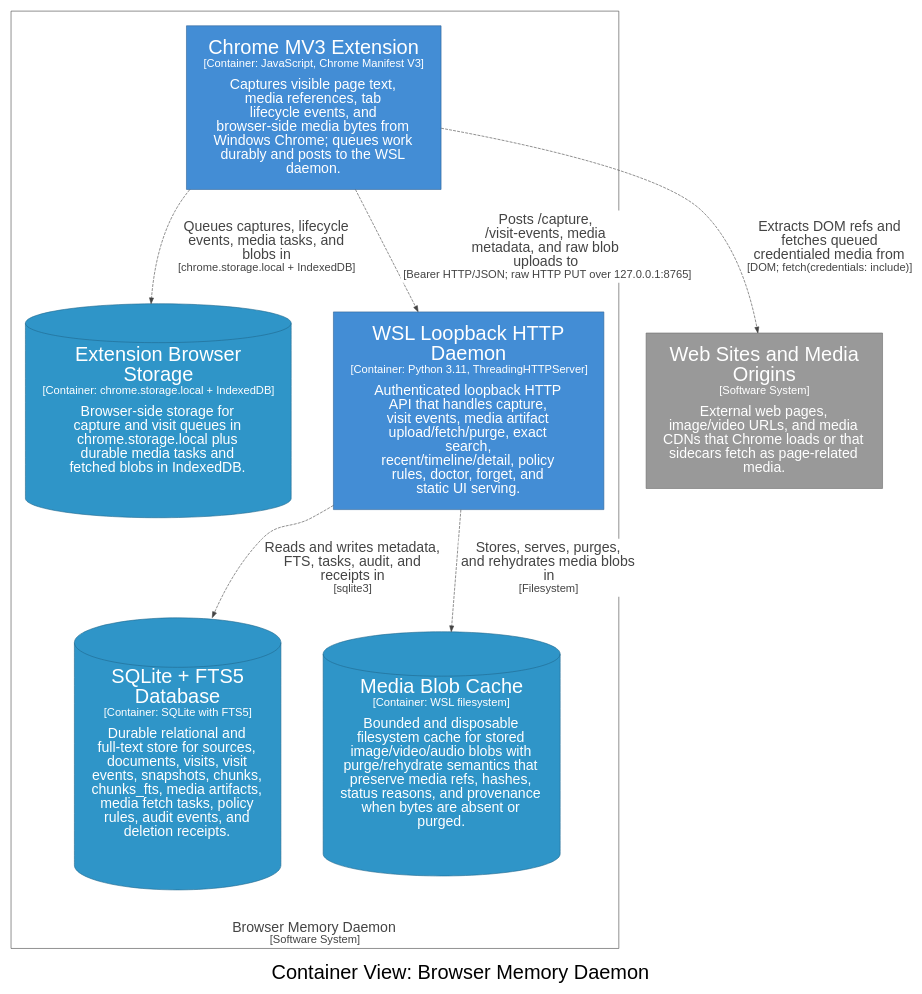
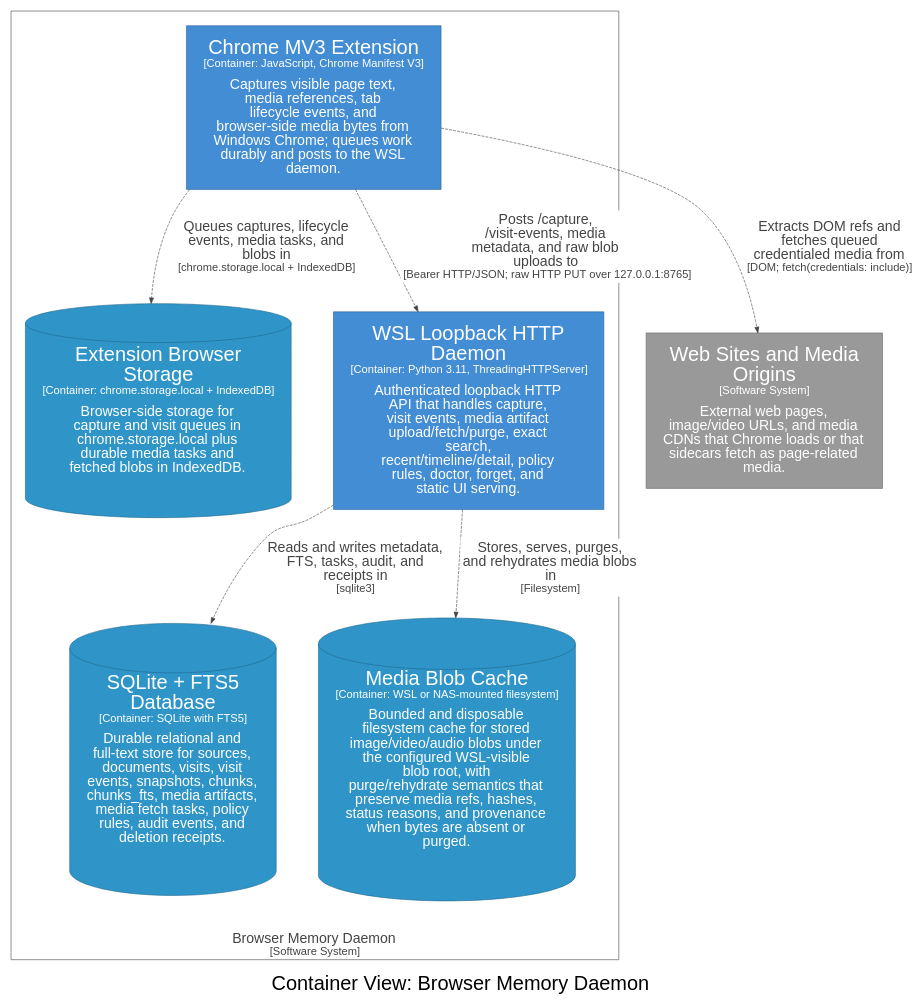
The diagram in docs/architecture/diagrams/dot/structurizr-BrowserMediaContainers.dot (michaelnicks0/browser-memory-daemon), drawn with Graphviz before and after one commit. The commit also changed 148 other files, not shown here.

Commit message:
feat: support NAS-backed blob root

```diff
--- a/docs/architecture/diagrams/dot/structurizr-BrowserMediaContainers.dot
+++ b/docs/architecture/diagrams/dot/structurizr-BrowserMediaContainers.dot
@@ -1,31 +1,31 @@
 digraph {
   compound=true
   graph [fontname="Arial", rankdir=TB, ranksep=1.0, nodesep=1.0]
   node [fontname="Arial", shape=box, margin="0.4,0.3"]
   edge [fontname="Arial"]
   label=<<br /><font point-size="34">Container View: Browser Memory Daemon</font>>
 
   3 [id=3,shape=rect, label=<<font point-size="34">Web Sites and Media<br />Origins</font><br /><font point-size="19">[Software System]</font><br /><br /><font point-size="24">External web pages,<br />image/video URLs, and media<br />CDNs that Chrome loads or that<br />sidecars fetch as page-related<br />media.</font>>, style=filled, color="#6b6b6b", fillcolor="#999999", fontcolor="#ffffff"]
 
   subgraph cluster_4 {
     margin=25
     label=<<font point-size="24"><br />Browser Memory Daemon</font><br /><font point-size="19">[Software System]</font>>
     labelloc=b
     color="#444444"
     fontcolor="#444444"
     fillcolor="#444444"
 
     13 [id=13,shape=cylinder, label=<<font point-size="34">Extension Browser<br />Storage</font><br /><font point-size="19">[Container: chrome.storage.local + IndexedDB]</font><br /><br /><font point-size="24">Browser-side storage for<br />capture and visit queues in<br />chrome.storage.local plus<br />durable media tasks and<br />fetched blobs in IndexedDB.</font>>, style=filled, color="#20688c", fillcolor="#2f95c8", fontcolor="#ffffff"]
     14 [id=14,shape=rect, label=<<font point-size="34">WSL Loopback HTTP<br />Daemon</font><br /><font point-size="19">[Container: Python 3.11, ThreadingHTTPServer]</font><br /><br /><font point-size="24">Authenticated loopback HTTP<br />API that handles capture,<br />visit events, media artifact<br />upload/fetch/purge, exact<br />search,<br />recent/timeline/detail, policy<br />rules, doctor, forget, and<br />static UI serving.</font>>, style=filled, color="#2e6295", fillcolor="#438dd5", fontcolor="#ffffff"]
     27 [id=27,shape=cylinder, label=<<font point-size="34">SQLite + FTS5<br />Database</font><br /><font point-size="19">[Container: SQLite with FTS5]</font><br /><br /><font point-size="24">Durable relational and<br />full-text store for sources,<br />documents, visits, visit<br />events, snapshots, chunks,<br />chunks_fts, media artifacts,<br />media fetch tasks, policy<br />rules, audit events, and<br />deletion receipts.</font>>, style=filled, color="#20688c", fillcolor="#2f95c8", fontcolor="#ffffff"]
-    29 [id=29,shape=cylinder, label=<<font point-size="34">Media Blob Cache</font><br /><font point-size="19">[Container: WSL filesystem]</font><br /><br /><font point-size="24">Bounded and disposable<br />filesystem cache for stored<br />image/video/audio blobs with<br />purge/rehydrate semantics that<br />preserve media refs, hashes,<br />status reasons, and provenance<br />when bytes are absent or<br />purged.</font>>, style=filled, color="#20688c", fillcolor="#2f95c8", fontcolor="#ffffff"]
+    29 [id=29,shape=cylinder, label=<<font point-size="34">Media Blob Cache</font><br /><font point-size="19">[Container: WSL or NAS-mounted filesystem]</font><br /><br /><font point-size="24">Bounded and disposable<br />filesystem cache for stored<br />image/video/audio blobs under<br />the configured WSL-visible<br />blob root, with<br />purge/rehydrate semantics that<br />preserve media refs, hashes,<br />status reasons, and provenance<br />when bytes are absent or<br />purged.</font>>, style=filled, color="#20688c", fillcolor="#2f95c8", fontcolor="#ffffff"]
     5 [id=5,shape=rect, label=<<font point-size="34">Chrome MV3 Extension</font><br /><font point-size="19">[Container: JavaScript, Chrome Manifest V3]</font><br /><br /><font point-size="24">Captures visible page text,<br />media references, tab<br />lifecycle events, and<br />browser-side media bytes from<br />Windows Chrome; queues work<br />durably and posts to the WSL<br />daemon.</font>>, style=filled, color="#2e6295", fillcolor="#438dd5", fontcolor="#ffffff"]
   }
 
   5 -> 3 [id=36, label=<<TABLE BORDER="0" CELLBORDER="0" CELLSPACING="0" CELLPADDING="4" BGCOLOR="white"><TR><TD><font point-size="24">Extracts DOM refs and<br />fetches queued<br />credentialed media from</font><br /><font point-size="19">[DOM; fetch(credentials: include)]</font></TD></TR></TABLE>>, style="dashed", color="#444444", fontcolor="#444444"]
   5 -> 13 [id=37, label=<<TABLE BORDER="0" CELLBORDER="0" CELLSPACING="0" CELLPADDING="4" BGCOLOR="white"><TR><TD><font point-size="24">Queues captures, lifecycle<br />events, media tasks, and<br />blobs in</font><br /><font point-size="19">[chrome.storage.local + IndexedDB]</font></TD></TR></TABLE>>, style="dashed", color="#444444", fontcolor="#444444"]
   5 -> 14 [id=38, label=<<TABLE BORDER="0" CELLBORDER="0" CELLSPACING="0" CELLPADDING="4" BGCOLOR="white"><TR><TD><font point-size="24">Posts /capture,<br />/visit-events, media<br />metadata, and raw blob<br />uploads to</font><br /><font point-size="19">[Bearer HTTP/JSON; raw HTTP PUT over 127.0.0.1:8765]</font></TD></TR></TABLE>>, style="dashed", color="#444444", fontcolor="#444444"]
   14 -> 27 [id=43, label=<<TABLE BORDER="0" CELLBORDER="0" CELLSPACING="0" CELLPADDING="4" BGCOLOR="white"><TR><TD><font point-size="24">Reads and writes metadata,<br />FTS, tasks, audit, and<br />receipts in</font><br /><font point-size="19">[sqlite3]</font></TD></TR></TABLE>>, style="dashed", color="#444444", fontcolor="#444444"]
   14 -> 29 [id=45, label=<<TABLE BORDER="0" CELLBORDER="0" CELLSPACING="0" CELLPADDING="4" BGCOLOR="white"><TR><TD><font point-size="24">Stores, serves, purges,<br />and rehydrates media blobs<br />in</font><br /><font point-size="19">[Filesystem]</font></TD></TR></TABLE>>, style="dashed", color="#444444", fontcolor="#444444"]
 
 }
```
